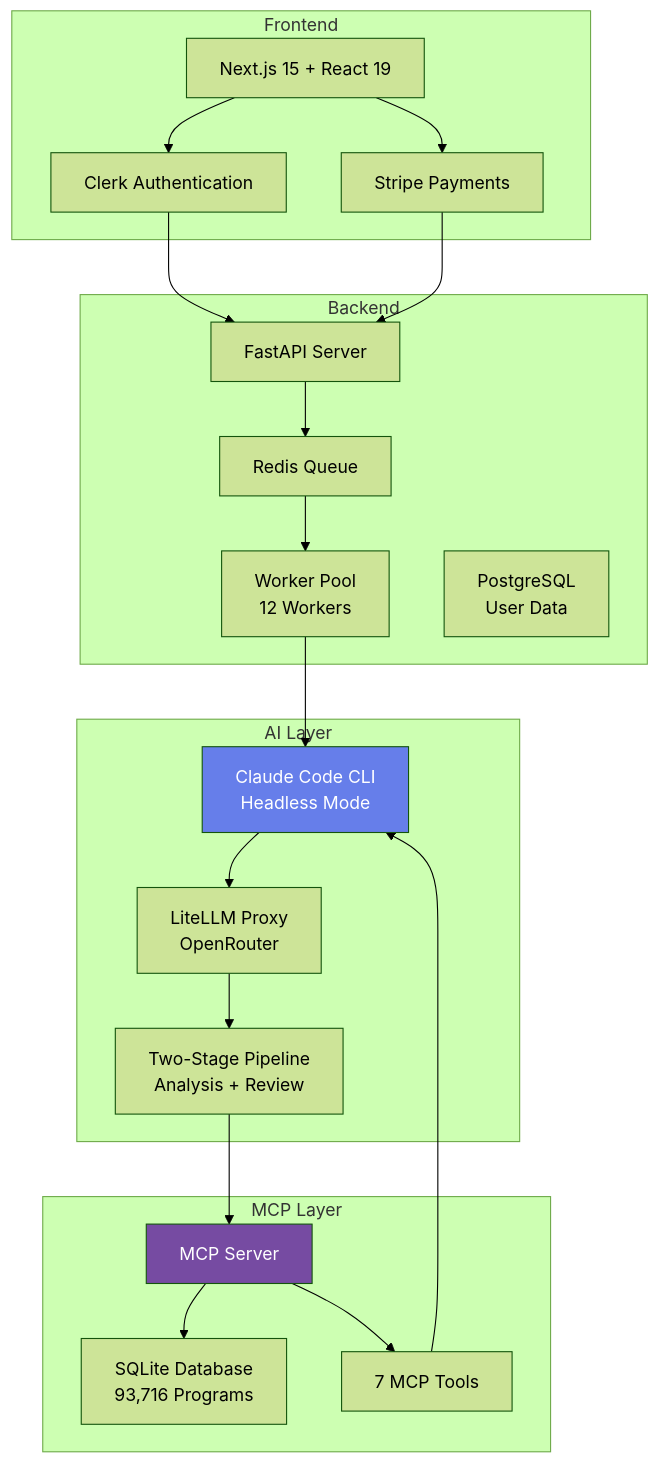
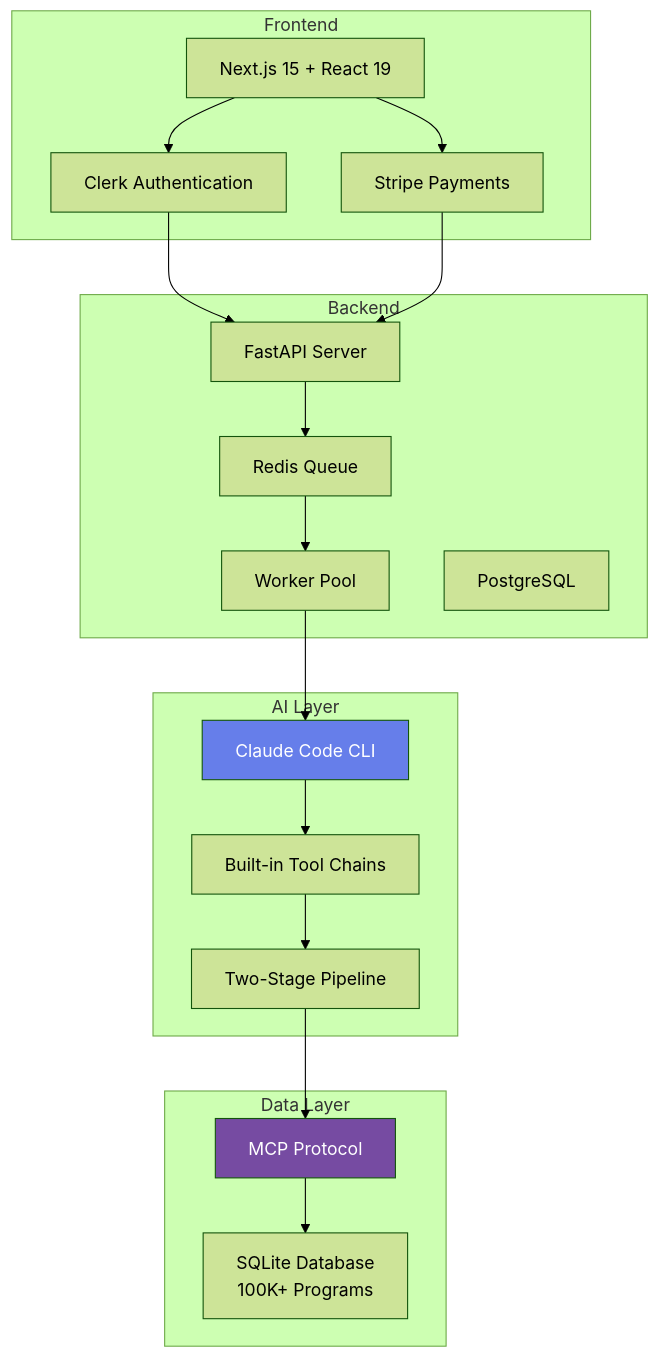
The diagram in README.md (kaminoguo/OfferI_Public), drawn with Mermaid (forest theme) before and after one commit. The commit also changed other lines of this file and 1 other file, not shown here.

First line of the commit message:
Update public showcase: Full-stack code demonstration

````diff
--- a/README.md
+++ b/README.md
@@ -175,41 +88,39 @@
 ```mermaid
 graph TB
     subgraph "Frontend"
         A[Next.js 15 + React 19]
         A1[Clerk Authentication]
         A2[Stripe Payments]
     end
 
     subgraph "Backend"
         B[FastAPI Server]
         B1[Redis Queue]
-        B2[Worker Pool<br/>12 Workers]
-        B3[PostgreSQL<br/>User Data]
+        B2[Worker Pool]
+        B3[PostgreSQL]
     end
 
     subgraph "AI Layer"
-        C[Claude Code CLI<br/>Headless Mode]
-        C1[LiteLLM Proxy<br/>OpenRouter]
-        C2[Two-Stage Pipeline<br/>Analysis + Review]
+        C[Claude Code CLI]
+        C1[Built-in Tool Chains]
+        C2[Two-Stage Pipeline]
     end
 
-    subgraph "MCP Layer"
-        D[MCP Server]
-        D1[SQLite Database<br/>93,716 Programs]
-        D2[7 MCP Tools]
+    subgraph "Data Layer"
+        D[MCP Protocol]
+        D1[SQLite Database<br/>100K+ Programs]
     end
 
     A --> A1 & A2
     A1 & A2 --> B
     B --> B1
     B1 --> B2
     B2 --> C
     C --> C1
     C1 --> C2
     C2 --> D
-    D --> D1 & D2
-    D2 --> C
+    D --> D1
 
     style C fill:#667eea,color:#fff
     style D fill:#764ba2,color:#fff
 ```
````
